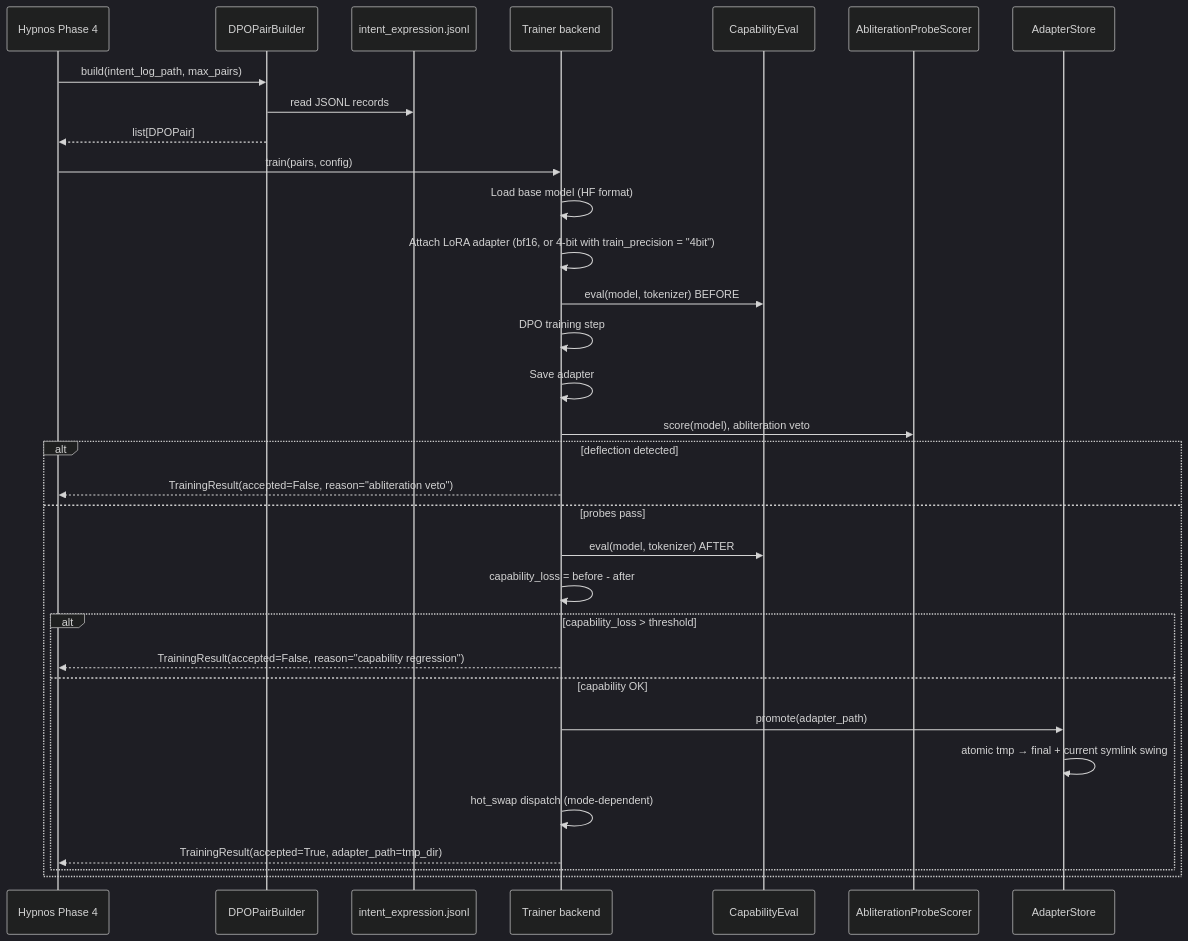
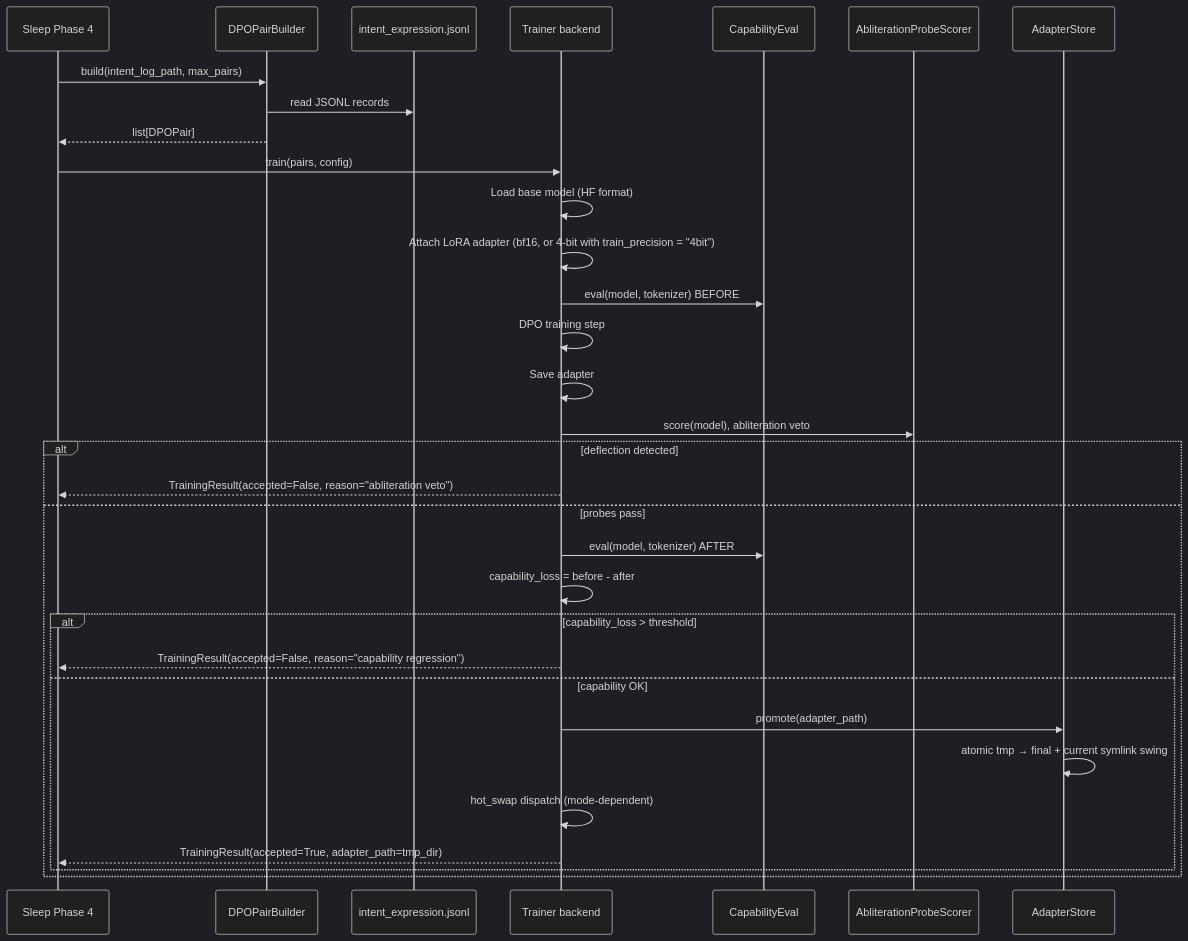
One commit to kaineone/kaine changed the second of 2 diagrams in docs/10-sleep/voice-alignment.md. Above: the diagram before and after it, drawn with Mermaid (dark theme). The commit also changed other lines of this file and 447 other files, not shown here.

````diff
--- a/docs/10-sleep/voice-alignment.md
+++ b/docs/10-sleep/voice-alignment.md
@@ -58,36 +58,36 @@
 ```mermaid
 sequenceDiagram
-    participant Hypnos as Hypnos Phase 4
+    participant Sleep as Sleep Phase 4
     participant Builder as DPOPairBuilder
     participant Log as intent_expression.jsonl
     participant Trainer as Trainer backend
     participant CapEval as CapabilityEval
     participant AblEval as AbliterationProbeScorer
     participant Store as AdapterStore
 
-    Hypnos->>Builder: build(intent_log_path, max_pairs)
+    Sleep->>Builder: build(intent_log_path, max_pairs)
     Builder->>Log: read JSONL records
-    Builder-->>Hypnos: list[DPOPair]
+    Builder-->>Sleep: list[DPOPair]
 
-    Hypnos->>Trainer: train(pairs, config)
+    Sleep->>Trainer: train(pairs, config)
     Trainer->>Trainer: Load base model (HF format)
     Trainer->>Trainer: Attach LoRA adapter (bf16, or 4-bit with train_precision = "4bit")
     Trainer->>CapEval: eval(model, tokenizer) BEFORE
     Trainer->>Trainer: DPO training step
     Trainer->>Trainer: Save adapter
     Trainer->>AblEval: score(model), abliteration veto
     alt deflection detected
-        Trainer-->>Hypnos: TrainingResult(accepted=False, reason="abliteration veto")
+        Trainer-->>Sleep: TrainingResult(accepted=False, reason="abliteration veto")
     else probes pass
         Trainer->>CapEval: eval(model, tokenizer) AFTER
         Trainer->>Trainer: capability_loss = before - after
         alt capability_loss > threshold
-            Trainer-->>Hypnos: TrainingResult(accepted=False, reason="capability regression")
+            Trainer-->>Sleep: TrainingResult(accepted=False, reason="capability regression")
         else capability OK
             Trainer->>Store: promote(adapter_path)
             Store->>Store: atomic tmp → final + current symlink swing
             Trainer->>Trainer: hot_swap dispatch (mode-dependent)
-            Trainer-->>Hypnos: TrainingResult(accepted=True, adapter_path=tmp_dir)
+            Trainer-->>Sleep: TrainingResult(accepted=True, adapter_path=tmp_dir)
         end
     end
 ```
````
